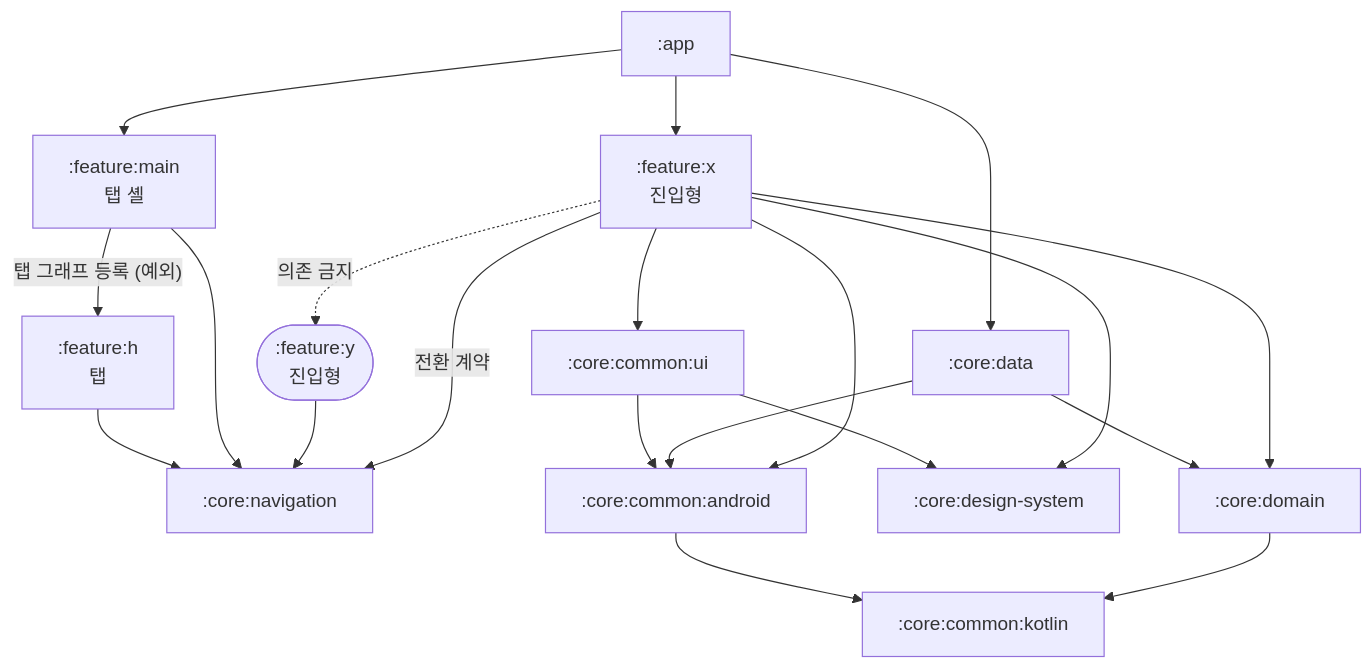
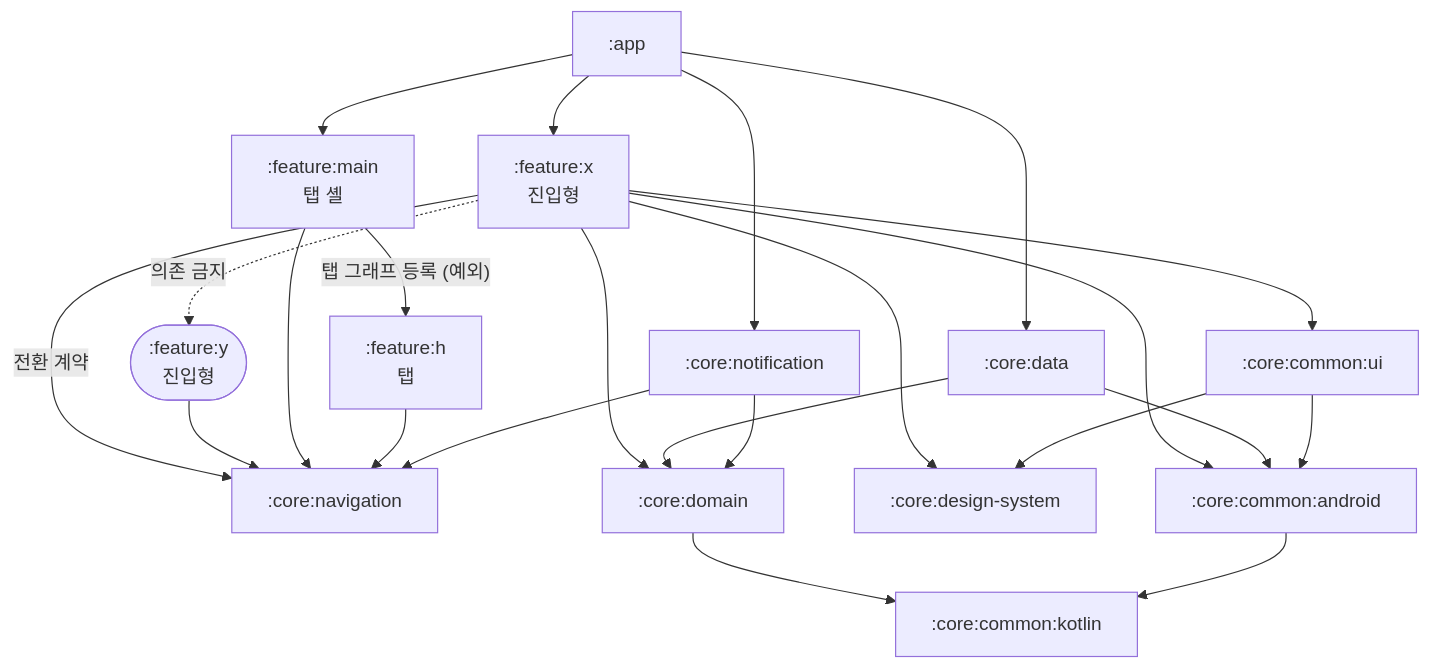
One commit to mash-up-kr/Team-MINO-Android changed the diagram in docs/architecture/modularization.md. Above: the diagram before and after it, drawn with Mermaid. The commit also changed other lines of this file and 5 other files, not shown here.

First line of the commit message:
docs: :core:notification 모듈 결정·규약 기록

````diff
--- a/docs/architecture/modularization.md
+++ b/docs/architecture/modularization.md
@@ -100,38 +104,42 @@
 ```mermaid
 flowchart TD
     app[":app"]
     x[":feature:x<br/>진입형"]
     y([":feature:y<br/>진입형"])
     main[":feature:main<br/>탭 셸"]
     tab[":feature:h<br/>탭"]
     nav[":core:navigation"]
+    notification[":core:notification"]
     data[":core:data"]
     domain[":core:domain"]
     design[":core:design-system"]
     ui[":core:common:ui"]
     android[":core:common:android"]
     kotlin[":core:common:kotlin"]
 
     app --> x
     app --> main
     app --> data
+    app --> notification
 
     main -- "탭 그래프 등록 (예외)" --> tab
     x -- "전환 계약" --> nav
     y --> nav
     main --> nav
     tab --> nav
     x -. "의존 금지" .-> y
 
     x --> domain
     x --> ui
     x --> design
     x --> android
 
     data --> domain
     data --> android
+    notification --> domain
+    notification --> nav
     ui --> design
     ui --> android
     domain --> kotlin
     android --> kotlin
 ```
````
